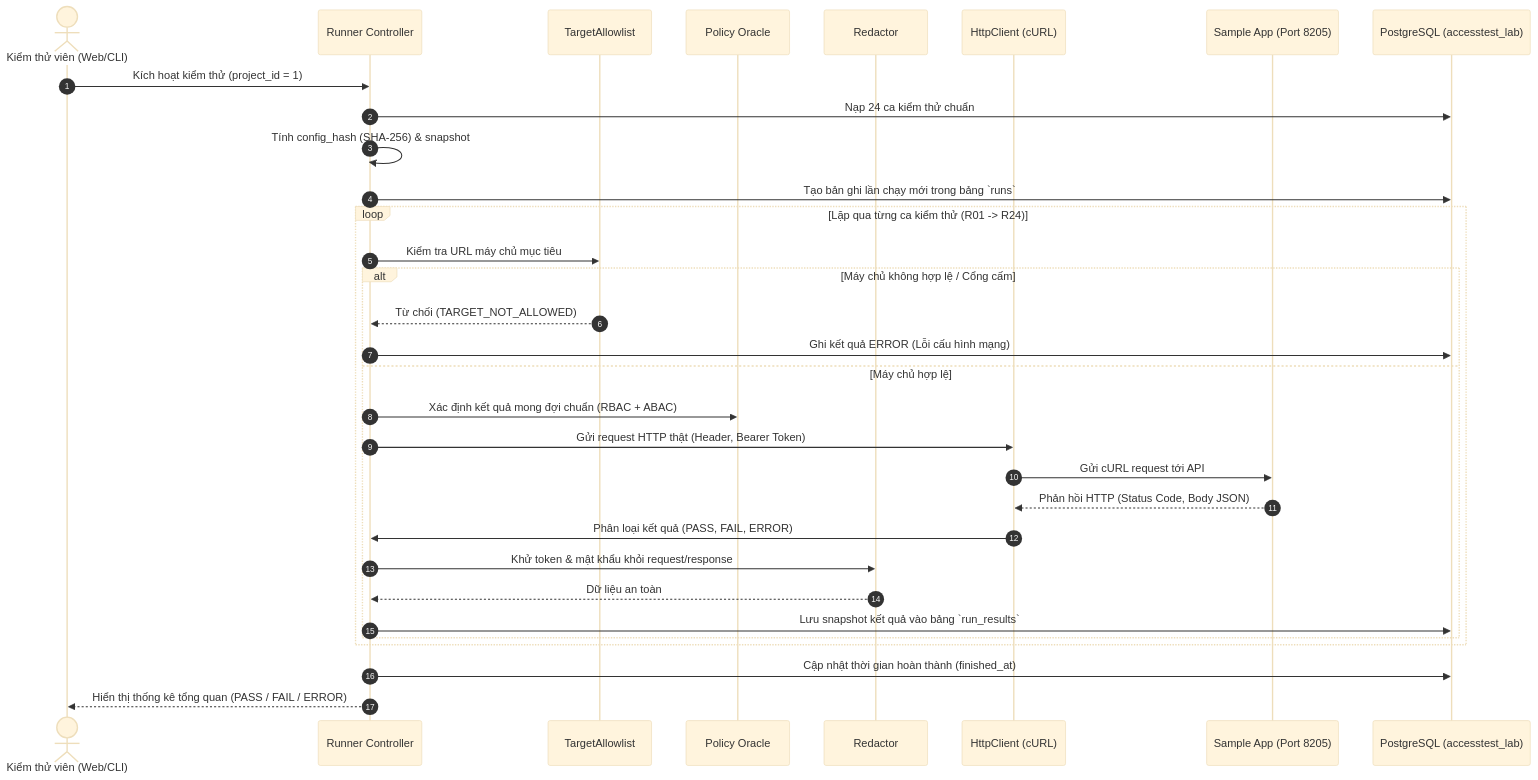
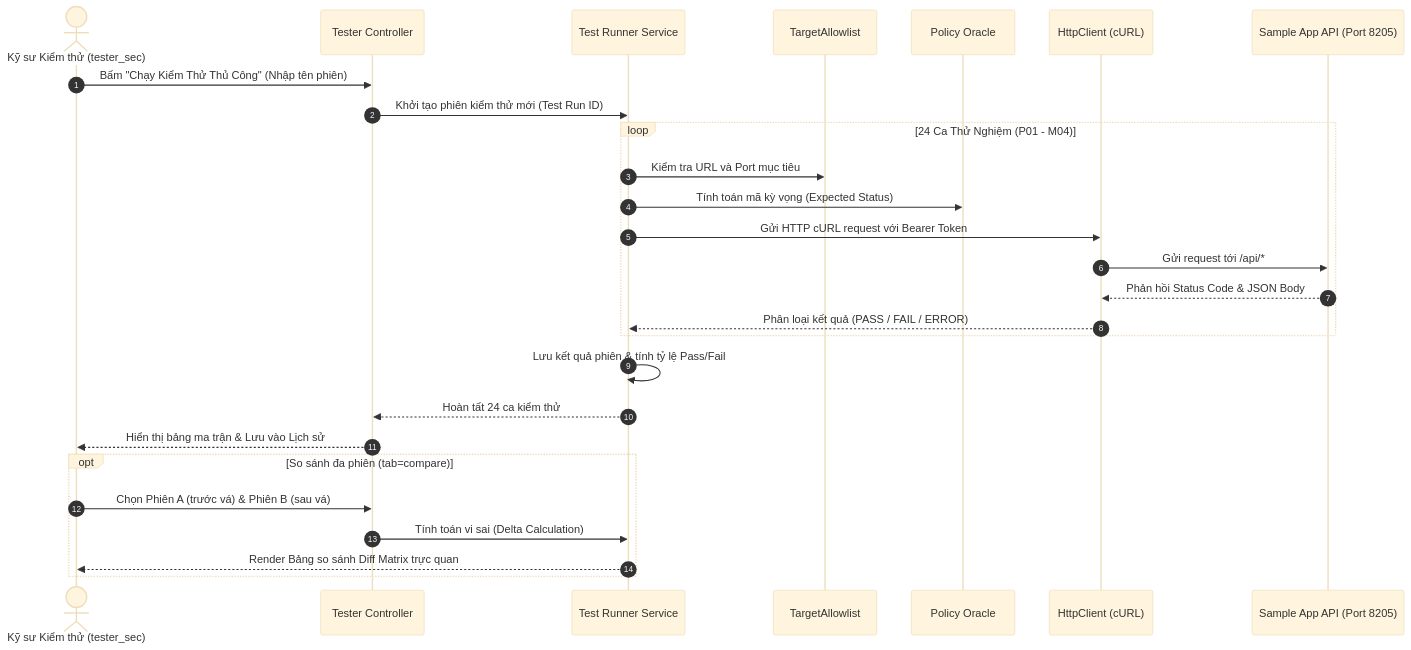
Before and after one commit to Shiroakiii085/PTPMMNM-CNTT-1812-NHOM-13: the second of 2 diagrams in Ma_nguon/docs/KIEN_TRUC.md, drawn with Mermaid (base theme). The commit also changed other lines of this file and 5 other files, not shown here.

````diff
--- a/Ma_nguon/docs/KIEN_TRUC.md
+++ b/Ma_nguon/docs/KIEN_TRUC.md
@@ -124,37 +290,30 @@
 ```mermaid
 sequenceDiagram
     autonumber
-    actor User as Kiểm thử viên (Web/CLI)
-    participant Runner as Runner Controller
-    participant Allowlist as TargetAllowlist
+    actor Tester as Kỹ sư Kiểm thử (tester_sec)
+    participant Ctrl as Tester Controller
+    participant Svc as Test Runner Service
+    participant Allow as TargetAllowlist
     participant Oracle as Policy Oracle
-    participant Redactor as Redactor
     participant Http as HttpClient (cURL)
-    participant Target as Sample App (Port 8205)
-    participant DB as PostgreSQL (accesstest_lab)
+    participant Target as Sample App API (Port 8205)
 
-    User->>Runner: Kích hoạt kiểm thử (project_id = 1)
-    Runner->>DB: Nạp 24 ca kiểm thử chuẩn
-    Runner->>Runner: Tính config_hash (SHA-256) & snapshot
-    Runner->>DB: Tạo bản ghi lần chạy mới trong bảng `runs`
-    
-    loop Lặp qua từng ca kiểm thử (R01 -> R24)
-        Runner->>Allowlist: Kiểm tra URL máy chủ mục tiêu
-        alt Máy chủ không hợp lệ / Cổng cấm
-            Allowlist-->>Runner: Từ chối (TARGET_NOT_ALLOWED)
-            Runner->>DB: Ghi kết quả ERROR (Lỗi cấu hình mạng)
-        else Máy chủ hợp lệ
-            Runner->>Oracle: Xác định kết quả mong đợi chuẩn (RBAC + ABAC)
-            Runner->>Http: Gửi request HTTP thật (Header, Bearer Token)
-            Http->>Target: Gửi cURL request tới API
-            Target-->>Http: Phản hồi HTTP (Status Code, Body JSON)
-            Http->>Runner: Phân loại kết quả (PASS, FAIL, ERROR)
-            Runner->>Redactor: Khử token & mật khẩu khỏi request/response
-            Redactor-->>Runner: Dữ liệu an toàn
-            Runner->>DB: Lưu snapshot kết quả vào bảng `run_results`
-        end
+    Tester->>Ctrl: Bấm "Chạy Kiểm Thử Thủ Công" (Nhập tên phiên)
+    Ctrl->>Svc: Khởi tạo phiên kiểm thử mới (Test Run ID)
+    loop 24 Ca Thử Nghiệm (P01 - M04)
+        Svc->>Allow: Kiểm tra URL và Port mục tiêu
+        Svc->>Oracle: Tính toán mã kỳ vọng (Expected Status)
+        Svc->>Http: Gửi HTTP cURL request với Bearer Token
+        Http->>Target: Gửi request tới /api/*
+        Target-->>Http: Phản hồi Status Code & JSON Body
+        Http-->>Svc: Phân loại kết quả (PASS / FAIL / ERROR)
     end
-    
-    Runner->>DB: Cập nhật thời gian hoàn thành (finished_at)
-    Runner-->>User: Hiển thị thống kê tổng quan (PASS / FAIL / ERROR)
+    Svc->>Svc: Lưu kết quả phiên & tính tỷ lệ Pass/Fail
+    Svc-->>Ctrl: Hoàn tất 24 ca kiểm thử
+    Ctrl-->>Tester: Hiển thị bảng ma trận & Lưu vào Lịch sử
+    opt So sánh đa phiên (tab=compare)
+        Tester->>Ctrl: Chọn Phiên A (trước vá) & Phiên B (sau vá)
+        Ctrl->>Svc: Tính toán vi sai (Delta Calculation)
+        Svc-->>Tester: Render Bảng so sánh Diff Matrix trực quan
+    end
 ```
````
